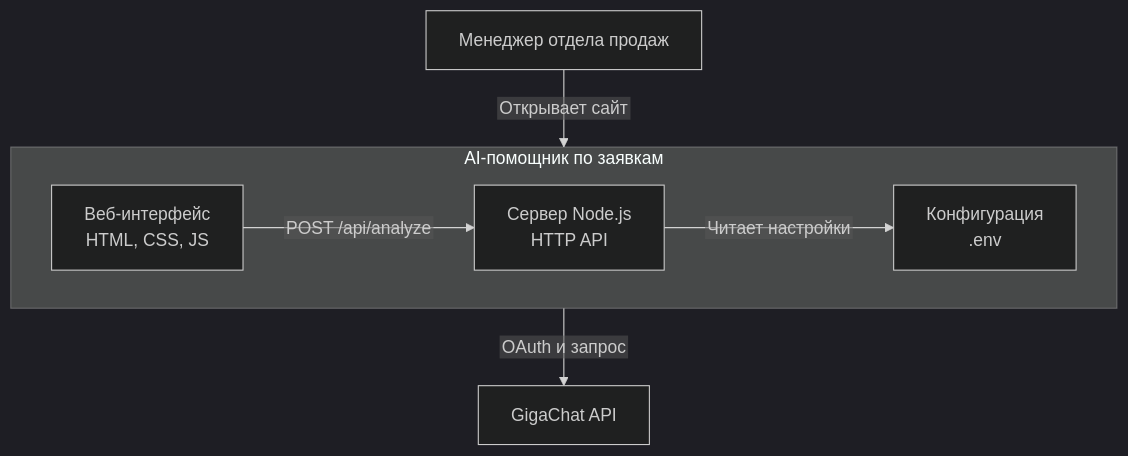
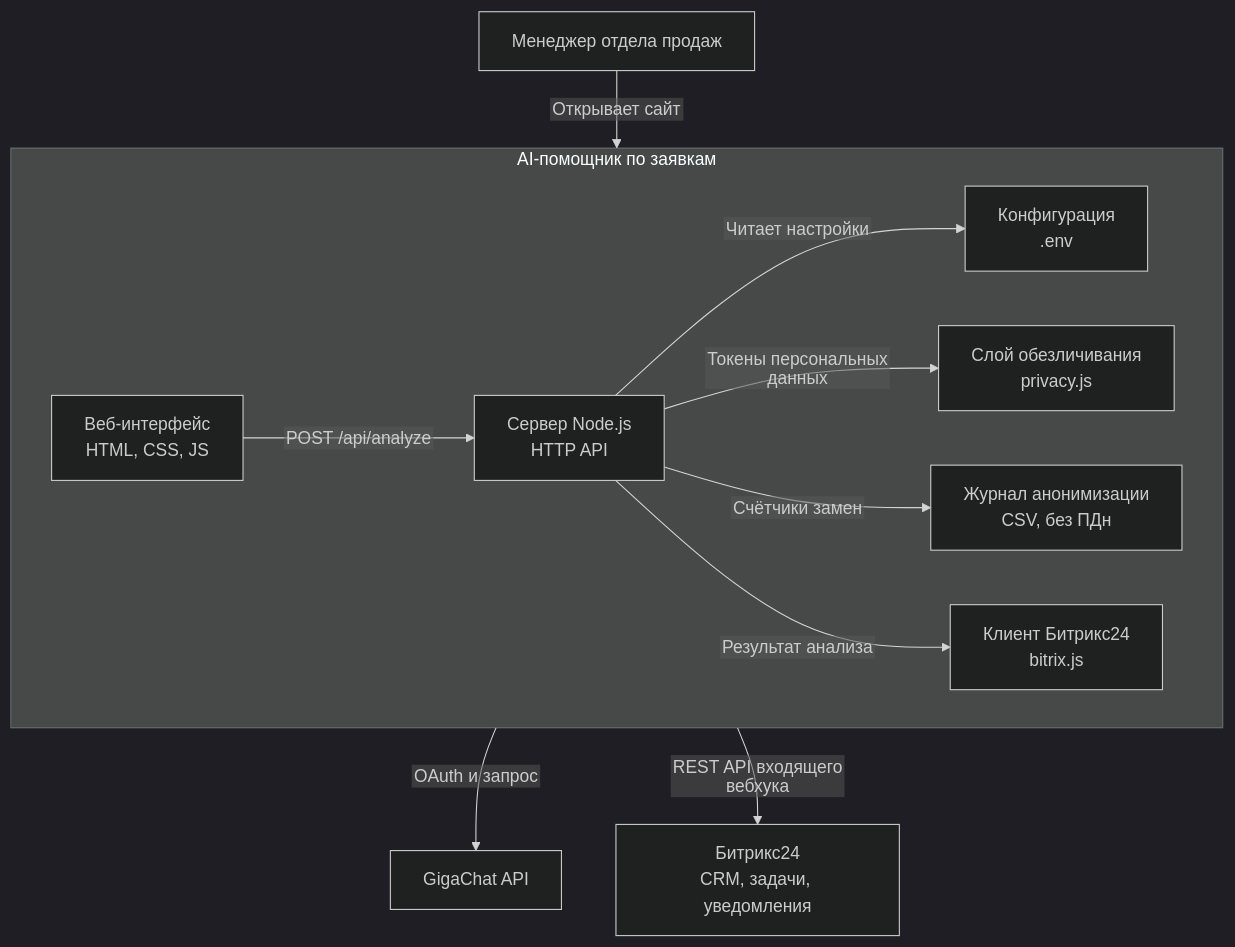
The diagram in docs/diagrams/c4-level-2-containers.mmd (MatveiV/OrdersProcPersDataBtrx), drawn with Mermaid (dark theme) before and after one commit. The commit also changed 62 other files, not shown here.

Commit message:
Add privacy, Bitrix24 integration and test documentation

```diff
--- a/docs/diagrams/c4-level-2-containers.mmd
+++ b/docs/diagrams/c4-level-2-containers.mmd
@@ -1,17 +1,25 @@
 %%{init: {"flowchart": {"htmlLabels": false}}}%%
 flowchart TB
     manager["Менеджер отдела продаж"]
 
     subgraph app["AI-помощник по заявкам"]
         direction LR
         web["Веб-интерфейс<br/>HTML, CSS, JS"]
         server["Сервер Node.js<br/>HTTP API"]
+        privacy["Слой обезличивания<br/>privacy.js"]
+        bitrix["Клиент Битрикс24<br/>bitrix.js"]
+        log["Журнал анонимизации<br/>CSV, без ПДн"]
         config["Конфигурация<br/>.env"]
     end
 
     gigachat["GigaChat API"]
+    b24["Битрикс24<br/>CRM, задачи, уведомления"]
 
     manager -->|"Открывает сайт"| web
     web -->|"POST /api/analyze"| server
     server -->|"Читает настройки"| config
+    server -->|"Токены персональных данных"| privacy
+    server -->|"Счётчики замен"| log
     server -->|"OAuth и запрос"| gigachat
+    server -->|"Результат анализа"| bitrix
+    bitrix -->|"REST API входящего вебхука"| b24
```
